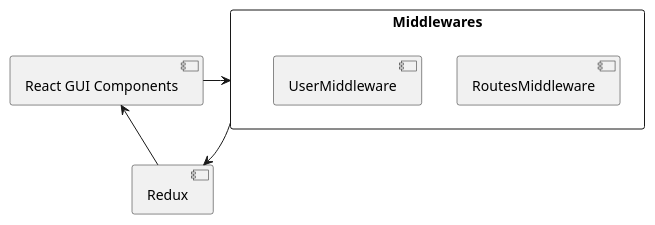
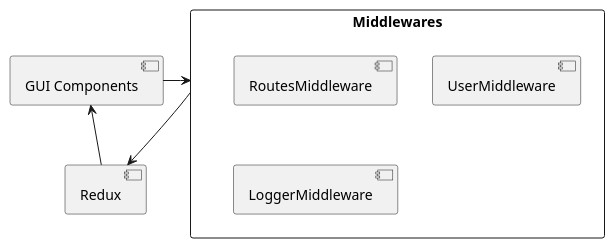
One commit to Arquisoft/viade_en1b changed the diagram in src/docs/diagrams/05-05_whiteboxMiddlewares.puml. Above: the diagram before and after it, drawn with PlantUML. The commit also changed 4 other files, not shown here.

```diff
--- a/src/docs/diagrams/05-05_whiteboxMiddlewares.puml
+++ b/src/docs/diagrams/05-05_whiteboxMiddlewares.puml
@@ -1,24 +1,25 @@
 @startuml
 
 rectangle "Middlewares" as mid {
     [RoutesMiddleware] as rm 
-    [UserMiddleware] as um     
+    [UserMiddleware] as um 
+    [LoggerMiddleware] as lm    
 }
 
 [Redux] as redux
-[React GUI Components] as app
+[GUI Components] as app
     
 
 app -right-> mid
 mid -down-> redux
 redux -up-> app
 
 
 
 
 
 
 
 
 
 @enduml
```
